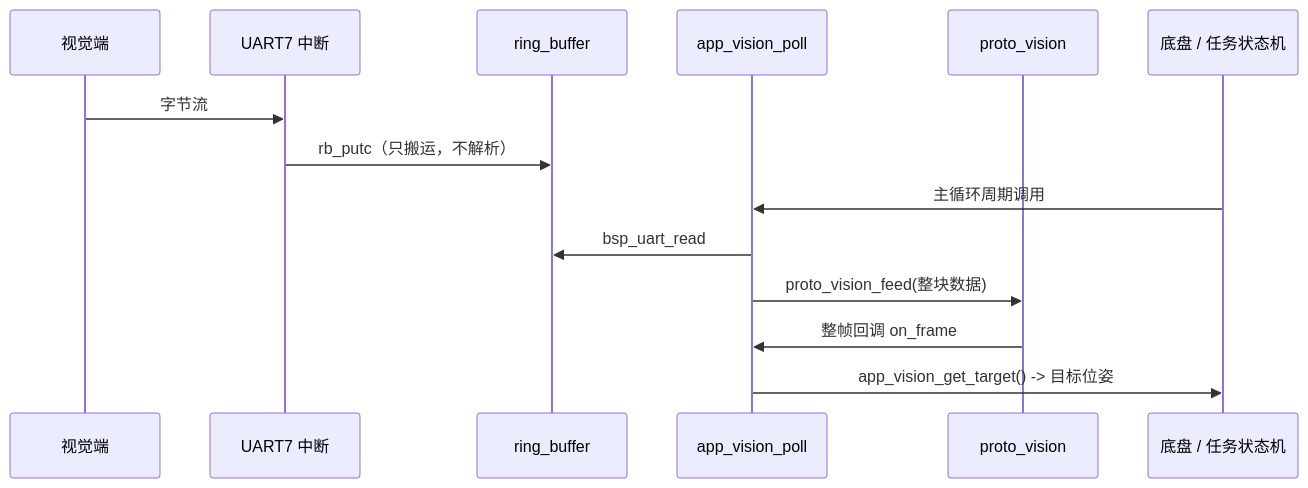
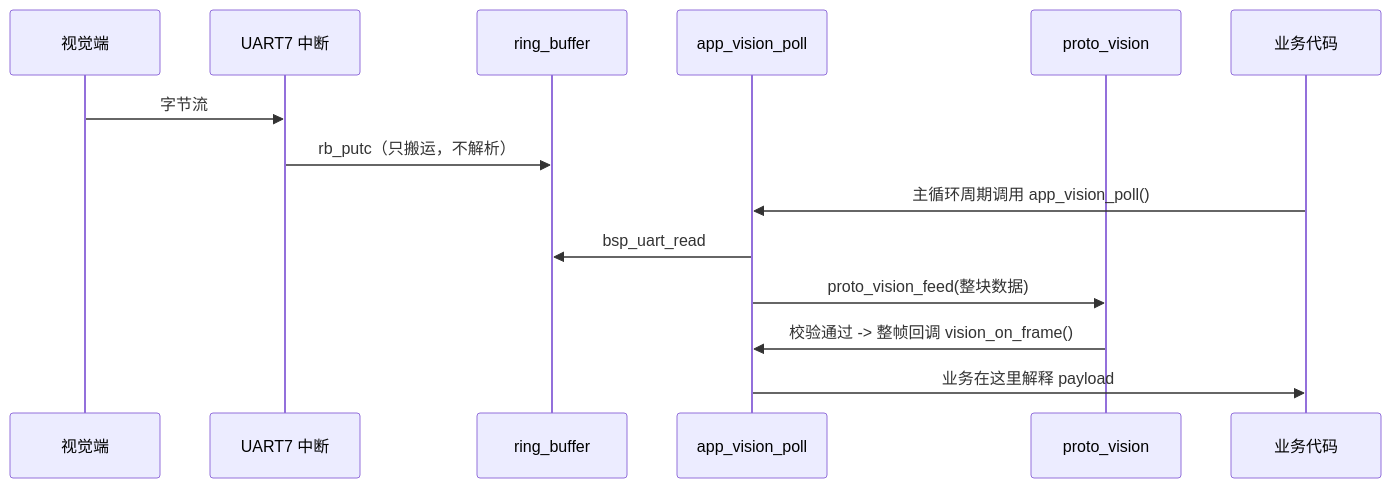
One commit to chengyouwei905-ops/Anti-explosion-and-counter-terrorism-rescue-robot changed the second of 2 diagrams in Doc/项目结构说明.md. Above: the diagram before and after it, drawn with Mermaid. The commit also changed other lines of this file and 11 other files, not shown here.

First line of the commit message:
feat(app_vision): refactor vision link layer for unified serial communication

````diff
--- a/Doc/项目结构说明.md
+++ b/Doc/项目结构说明.md
@@ -81,17 +81,17 @@
 ```mermaid
 sequenceDiagram
     participant V as 视觉端
     participant ISR as UART7 中断
     participant RB as ring_buffer
     participant APP as app_vision_poll
     participant P as proto_vision
-    participant BIZ as 底盘 / 任务状态机
+    participant BIZ as 业务代码
 
     V->>ISR: 字节流
     ISR->>RB: rb_putc（只搬运，不解析）
-    BIZ->>APP: 主循环周期调用
+    BIZ->>APP: 主循环周期调用 app_vision_poll()
     APP->>RB: bsp_uart_read
     APP->>P: proto_vision_feed(整块数据)
-    P->>APP: 整帧回调 on_frame
-    APP->>BIZ: app_vision_get_target() -> 目标位姿
+    P->>APP: 校验通过 -> 整帧回调 vision_on_frame()
+    APP->>BIZ: 业务在这里解释 payload
 ```
````
